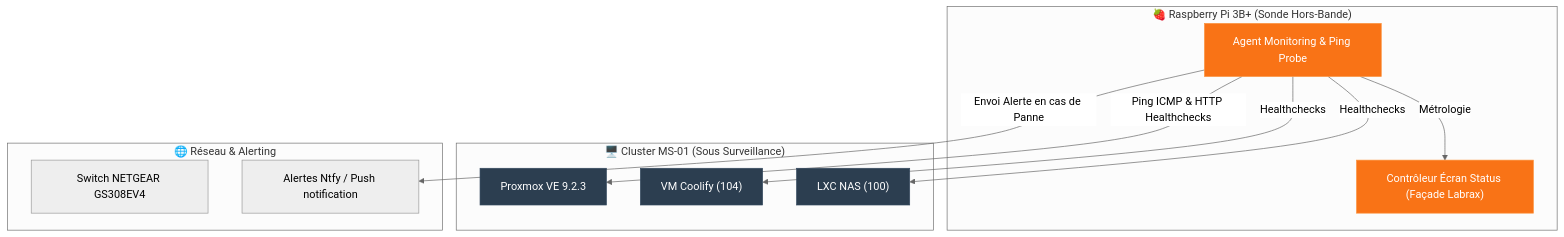
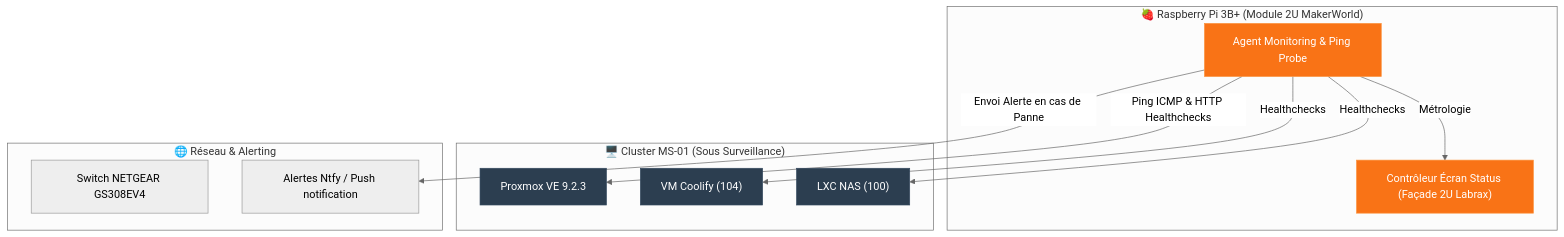
Before and after one commit to ims-world/docs: the diagram in infrastructure/rpi-monitor.md, drawn with Mermaid (neutral theme). The commit also changed other lines of this file and 1 other file, not shown here.

Commit message:
docs: ajout de la reference du modele 3D MakerWorld (Screen module 10-inch rack 2U) pour le Raspberry Pi

````diff
--- a/infrastructure/rpi-monitor.md
+++ b/infrastructure/rpi-monitor.md
@@ -43,29 +51,29 @@
 ```mermaid
 graph TD
-    subgraph SENSOR ["🍓 Raspberry Pi 3B+ (Sonde Hors-Bande)"]
+    subgraph SENSOR ["🍓 Raspberry Pi 3B+ (Module 2U MakerWorld)"]
         MON["Agent Monitoring & Ping Probe"]
-        DISP["Contrôleur Écran Status (Façade Labrax)"]
+        DISP["Contrôleur Écran Status (Façade 2U Labrax)"]
     end
 
     subgraph PROXMOX_HOST ["🖥️ Cluster MS-01 (Sous Surveillance)"]
         PVE["Proxmox VE 9.2.3"]
         VM104["VM Coolify (104)"]
         NAS["LXC NAS (100)"]
     end
 
     subgraph NETWORK ["🌐 Réseau & Alerting"]
         SWITCH["Switch NETGEAR GS308EV4"]
         ALERT["Alertes Ntfy / Push notification"]
     end
 
     MON -->|Ping ICMP & HTTP Healthchecks| PVE
     MON -->|Healthchecks| VM104
     MON -->|Healthchecks| NAS
     MON -->|Métrologie| DISP
     MON -->|Envoi Alerte en cas de Panne| ALERT
 
     classDef rpi fill:#F97316,stroke:#FB923C,color:#fff;
     classDef pve fill:#2c3e50,stroke:#34495e,color:#fff;
     class MON,DISP rpi;
     class PVE,VM104,NAS pve;
 ```
````
